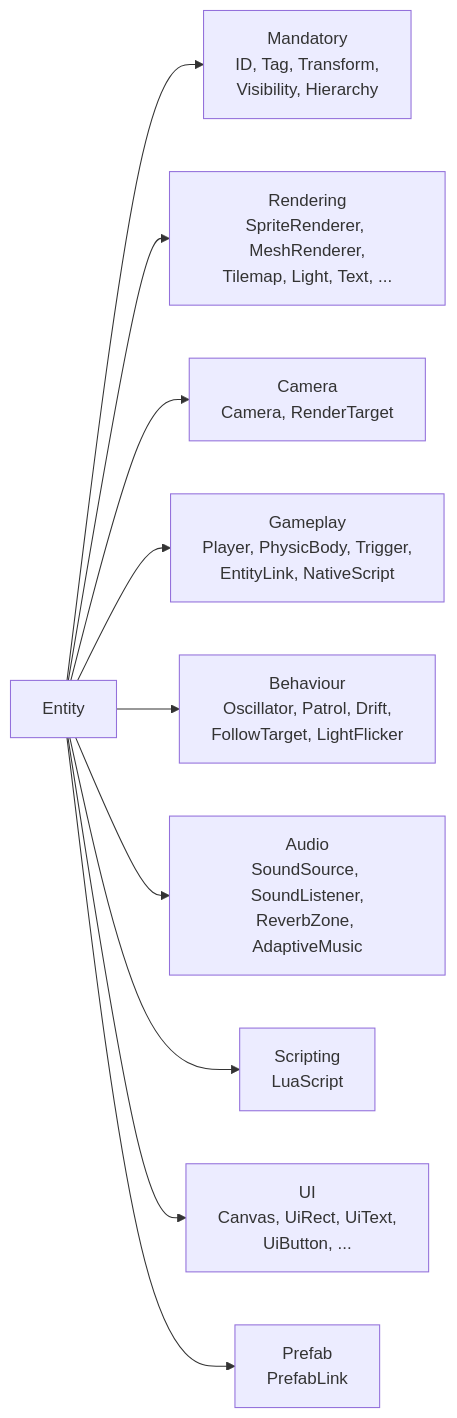
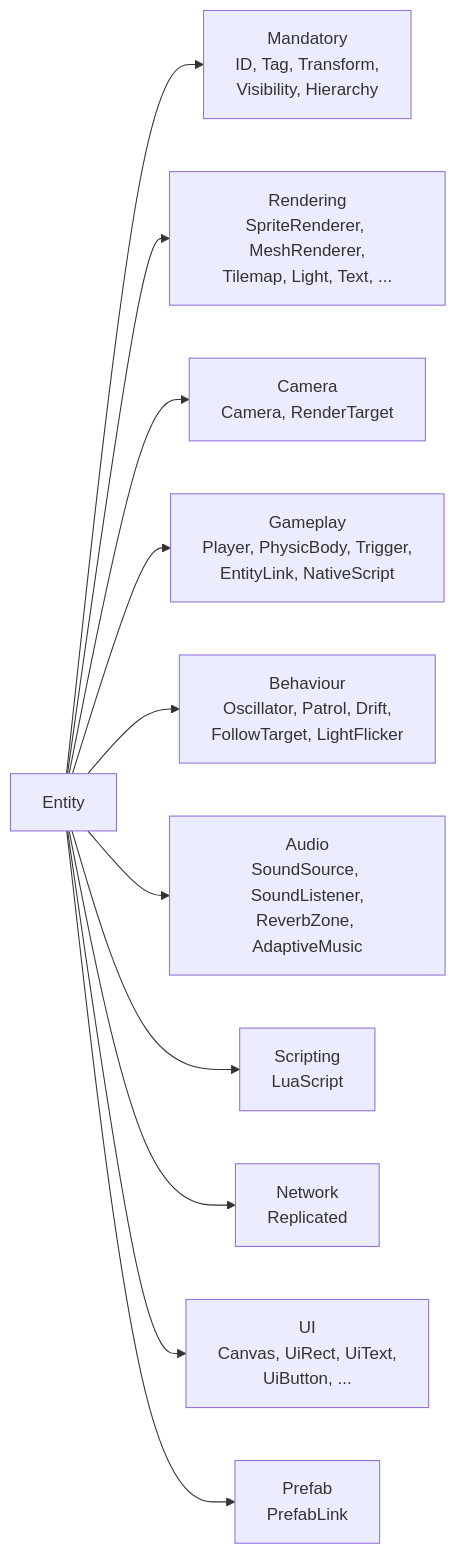
Before and after one commit to Silmaen/Owl: the third of 7 diagrams in doc/pages/scene.md, drawn with Mermaid. The commit also changed other lines of this file and 89 other files, not shown here.

````diff
--- a/doc/pages/scene.md
+++ b/doc/pages/scene.md
@@ -219,12 +219,13 @@
 ```mermaid
 flowchart LR
     E[Entity] --> M["Mandatory<br/>ID, Tag, Transform,<br/>Visibility, Hierarchy"]
     E --> R["Rendering<br/>SpriteRenderer, MeshRenderer,<br/>Tilemap, Light, Text, ..."]
     E --> C["Camera<br/>Camera, RenderTarget"]
     E --> G["Gameplay<br/>Player, PhysicBody, Trigger,<br/>EntityLink, NativeScript"]
     E --> B["Behaviour<br/>Oscillator, Patrol, Drift,<br/>FollowTarget, LightFlicker"]
     E --> A["Audio<br/>SoundSource, SoundListener,<br/>ReverbZone, AdaptiveMusic"]
     E --> S["Scripting<br/>LuaScript"]
+    E --> N["Network<br/>Replicated"]
     E --> U["UI<br/>Canvas, UiRect, UiText,<br/>UiButton, ..."]
     E --> P["Prefab<br/>PrefabLink"]
 ```
````
